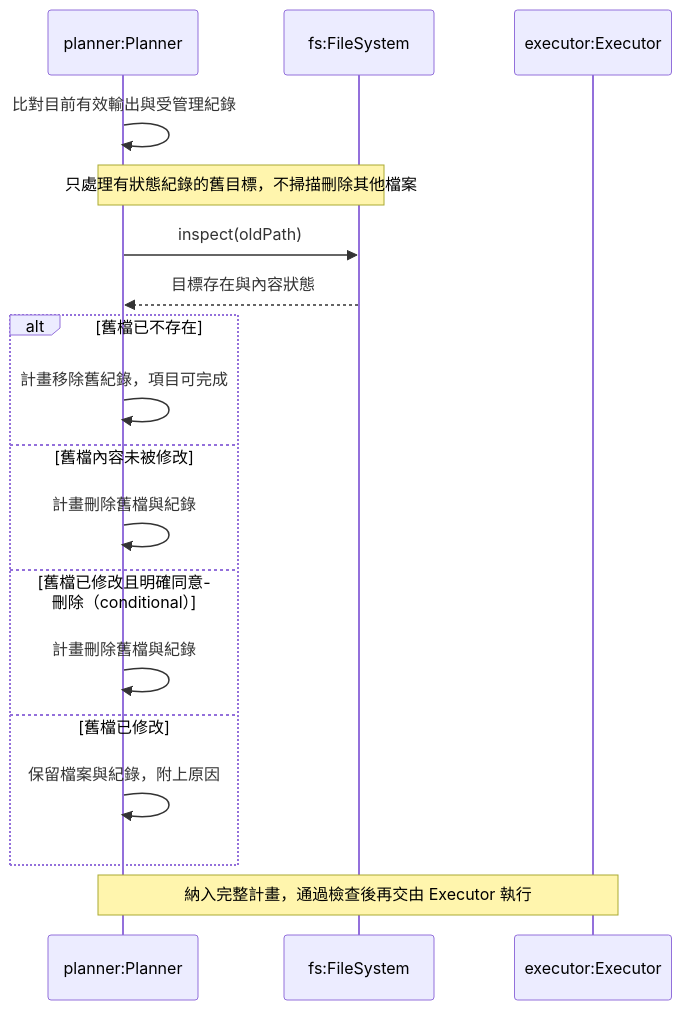
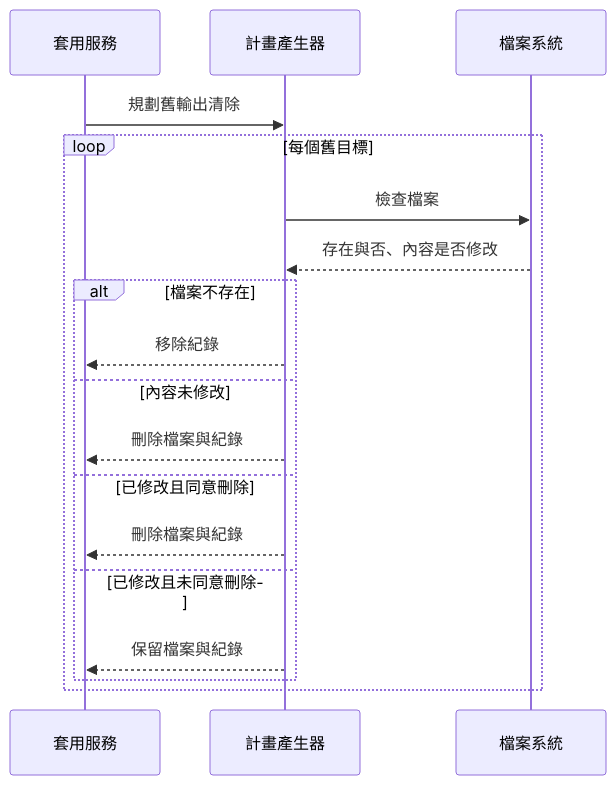
One commit to accidental-two-timer-sam-woof/rosamta-waterfall changed the eighth of 10 diagrams in docs/03-preliminary-design/uml.md. Above: the diagram before and after it, drawn with Mermaid. The commit also changed other lines of this file, not shown here.

Commit message:
docs: simplify cleanup sequence diagram

````diff
--- a/docs/03-preliminary-design/uml.md
+++ b/docs/03-preliminary-design/uml.md
@@ -333,20 +336,23 @@
 ```mermaid
 sequenceDiagram
-    participant P as planner:Planner
-    participant F as fs:FileSystem
-    participant E as executor:Executor
-    P->>P: 比對目前有效輸出與受管理紀錄
-    Note over P,F: 只處理有狀態紀錄的舊目標，不掃描刪除其他檔案
-    P->>F: inspect(oldPath)
-    F-->>P: 目標存在與內容狀態
-    alt 舊檔已不存在
-        P->>P: 計畫移除舊紀錄，項目可完成
-    else 舊檔內容未被修改
-        P->>P: 計畫刪除舊檔與紀錄
-    else 舊檔已修改且明確同意刪除（conditional）
-        P->>P: 計畫刪除舊檔與紀錄
-    else 舊檔已修改
-        P->>P: 保留檔案與紀錄，附上原因
+    participant A as 套用服務
+    participant P as 計畫產生器
+    participant F as 檔案系統
+
+    A->>P: 規劃舊輸出清除
+
+    loop 每個舊目標
+        P->>F: 檢查檔案
+        F-->>P: 存在與否、內容是否修改
+
+        alt 檔案不存在
+            P-->>A: 移除紀錄
+        else 內容未修改
+            P-->>A: 刪除檔案與紀錄
+        else 已修改且同意刪除
+            P-->>A: 刪除檔案與紀錄
+        else 已修改且未同意刪除
+            P-->>A: 保留檔案與紀錄
+        end
     end
-    Note over P,E: 納入完整計畫，通過檢查後再交由 Executor 執行
 ```
````
